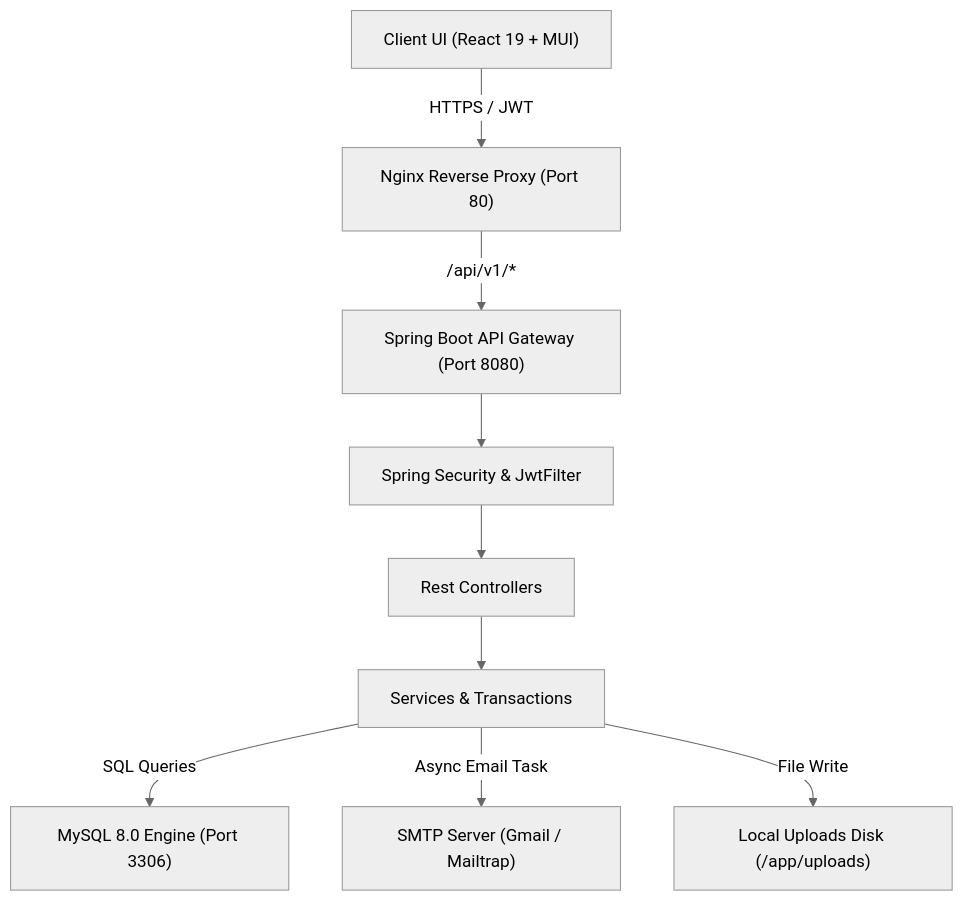
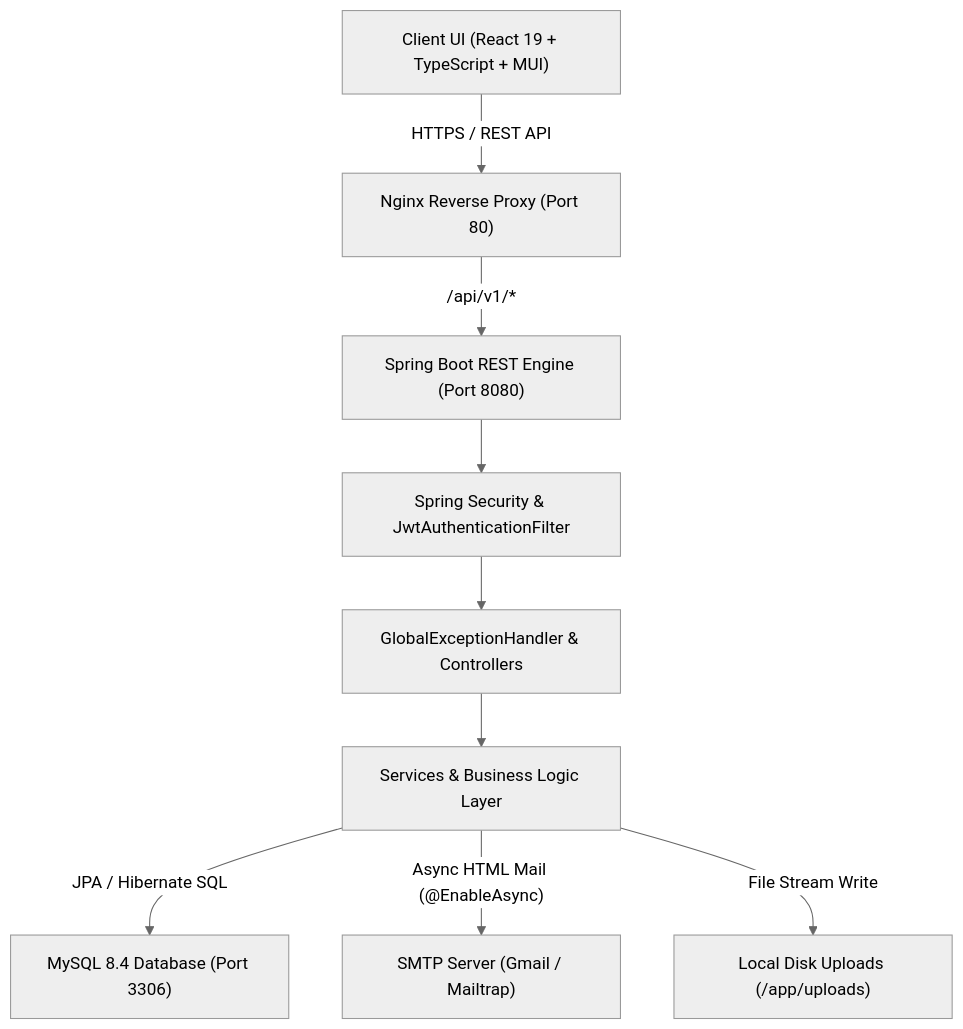
The first of 5 diagrams in README.md (Vishnupriya1426/Project-Management-system), drawn with Mermaid (neutral theme) before and after one commit. The commit also changed other lines of this file and 8 other files, not shown here.

````diff
--- a/README.md
+++ b/README.md
@@ -85,11 +80,11 @@
 ```mermaid
 graph TD
-    A["Client UI (React 19 + MUI)"] -- "HTTPS / JWT" --> B["Nginx Reverse Proxy (Port 80)"]
-    B -- "/api/v1/*" --> C["Spring Boot API Gateway (Port 8080)"]
-    C --> D["Spring Security & JwtFilter"]
-    D --> E["Rest Controllers"]
-    E --> F["Services & Transactions"]
-    F -- "SQL Queries" --> G["MySQL 8.0 Engine (Port 3306)"]
-    F -- "Async Email Task" --> H["SMTP Server (Gmail / Mailtrap)"]
-    F -- "File Write" --> I["Local Uploads Disk (/app/uploads)"]
+    A["Client UI (React 19 + TypeScript + MUI)"] -- "HTTPS / REST API" --> B["Nginx Reverse Proxy (Port 80)"]
+    B -- "/api/v1/*" --> C["Spring Boot REST Engine (Port 8080)"]
+    C --> D["Spring Security & JwtAuthenticationFilter"]
+    D --> E["GlobalExceptionHandler & Controllers"]
+    E --> F["Services & Business Logic Layer"]
+    F -- "JPA / Hibernate SQL" --> G["MySQL 8.4 Database (Port 3306)"]
+    F -- "Async HTML Mail (@EnableAsync)" --> H["SMTP Server (Gmail / Mailtrap)"]
+    F -- "File Stream Write" --> I["Local Disk Uploads (/app/uploads)"]
 ```
````
